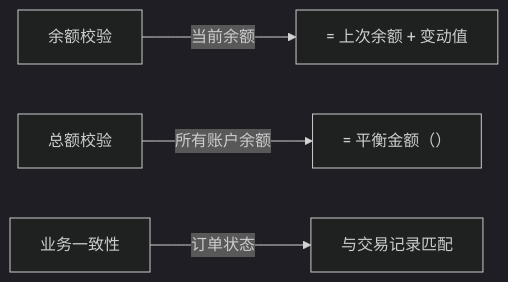
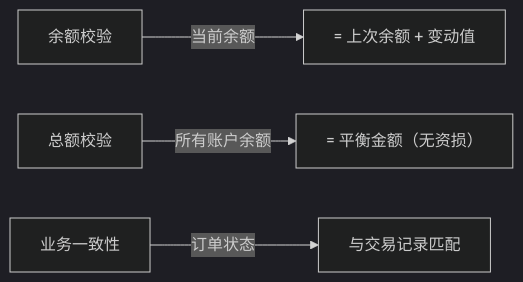
The diagram in all/未命名.md (87828943/iodraw-files), drawn with Mermaid (dark theme) before and after one commit.

Commit message:
2025-07-01 10:39:16 update

````diff
--- a/all/未命名.md
+++ b/all/未命名.md
@@ -1,6 +1,6 @@
 ```mermaid
 graph LR
     A[余额校验] -->|当前余额| B[= 上次余额 + 变动值]
-    C[总额校验] -->|所有账户余额| D[= 平衡金额（）]
+    C[总额校验] -->|所有账户余额| D[= 平衡金额（无资损）]
     E[业务一致性] -->|订单状态| F[与交易记录匹配]
 ```
````
